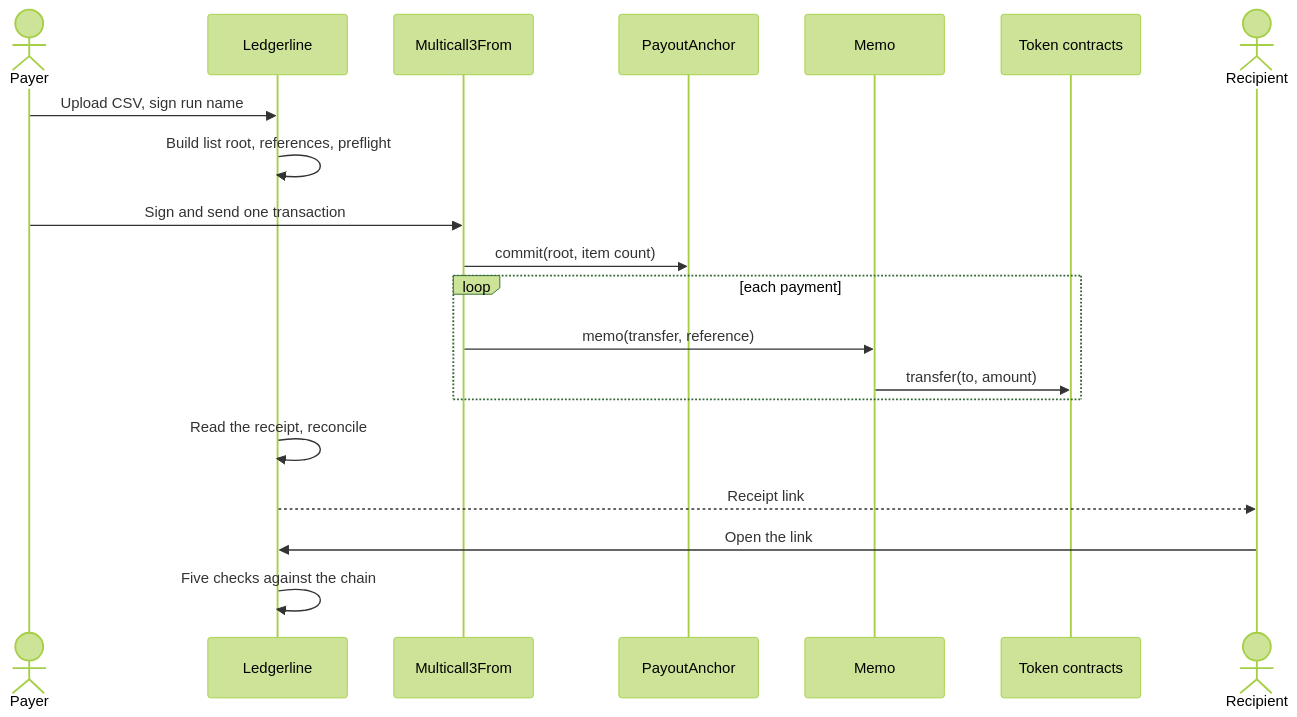
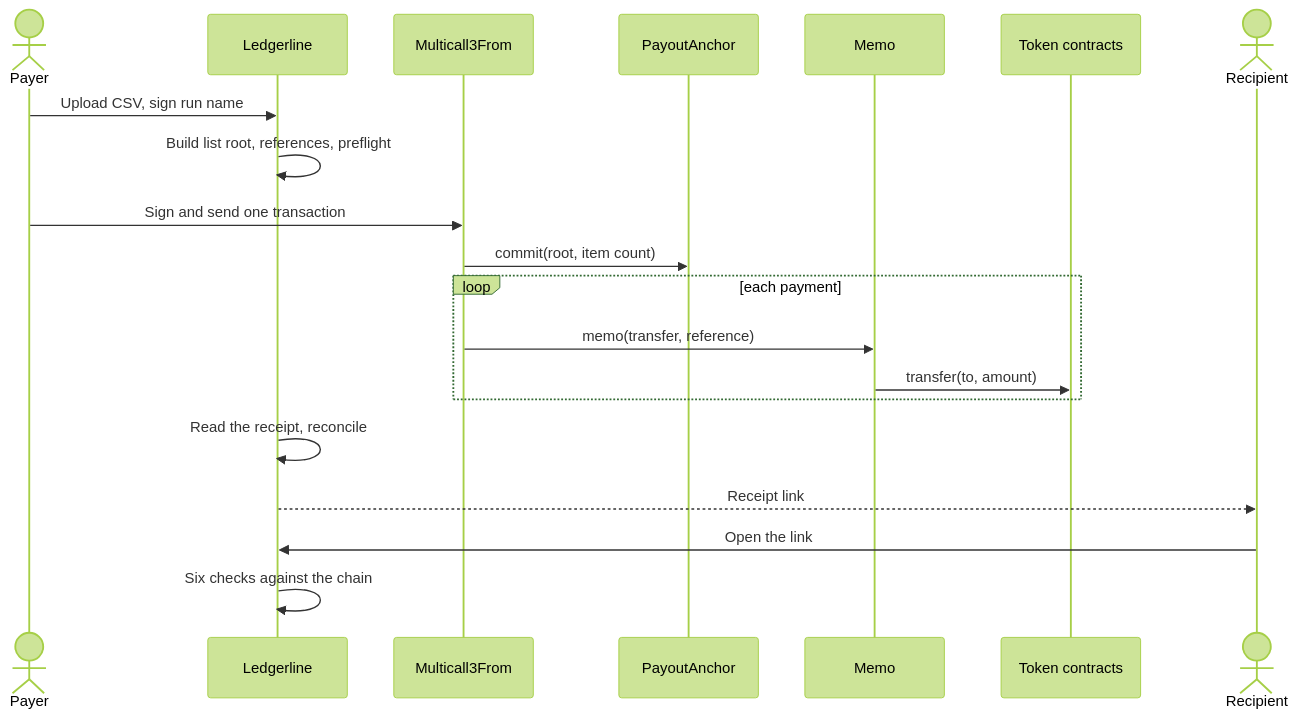
One commit to hms1499/ledgerline changed the second of 2 diagrams in docs/architecture-overview.md. Above: the diagram before and after it, drawn with Mermaid (forest theme). The commit also changed 15 other files, not shown here.

````diff
--- a/docs/architecture-overview.md
+++ b/docs/architecture-overview.md
@@ -40,23 +40,23 @@
 ```mermaid
 sequenceDiagram
     actor Payer
     participant App as Ledgerline
     participant M3F as Multicall3From
     participant Anchor as PayoutAnchor
     participant Memo
     participant Token as Token contracts
     actor Recipient
 
     Payer->>App: Upload CSV, sign run name
     App->>App: Build list root, references, preflight
     Payer->>M3F: Sign and send one transaction
     M3F->>Anchor: commit(root, item count)
     loop each payment
         M3F->>Memo: memo(transfer, reference)
         Memo->>Token: transfer(to, amount)
     end
     App->>App: Read the receipt, reconcile
     App-->>Recipient: Receipt link
     Recipient->>App: Open the link
-    App->>App: Five checks against the chain
+    App->>App: Six checks against the chain
 ```
````
